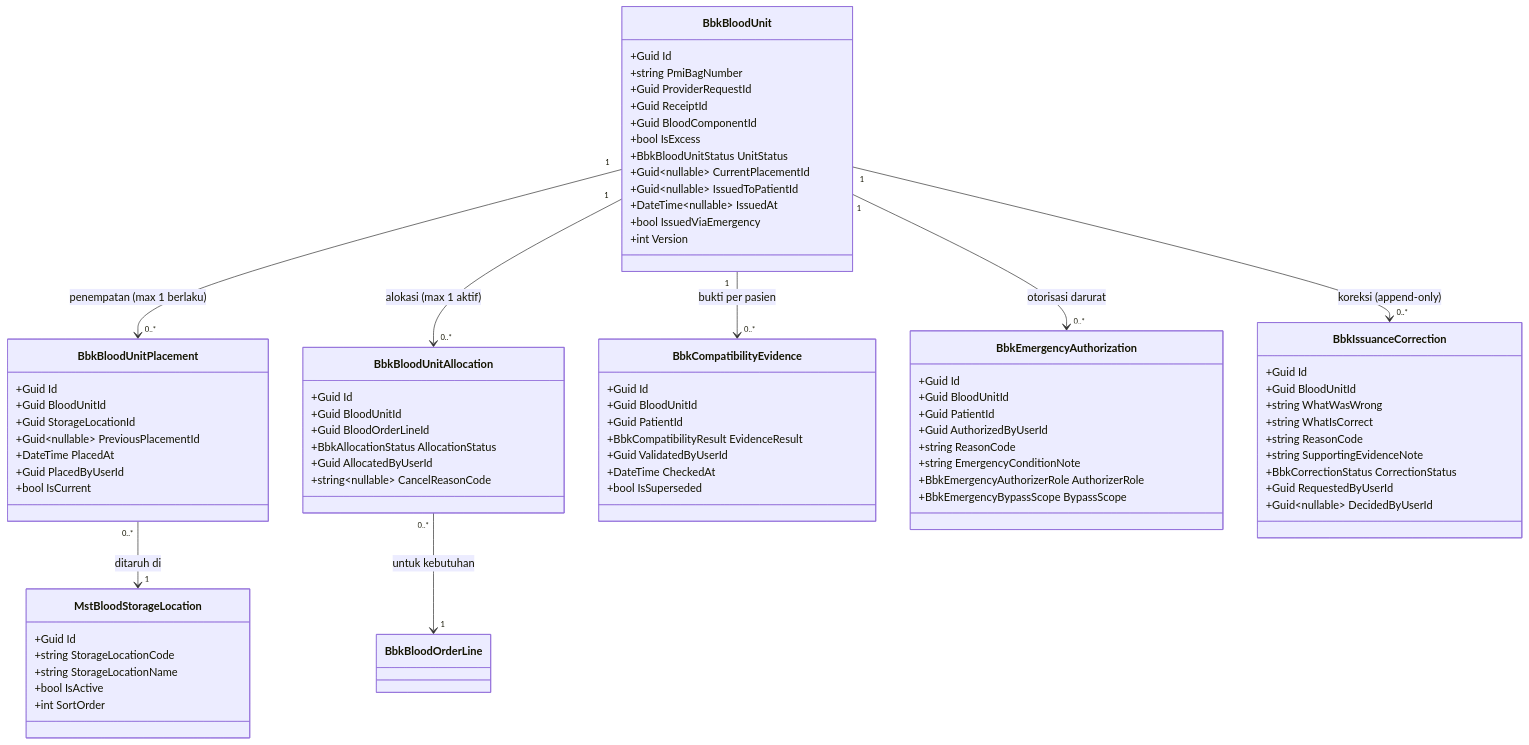
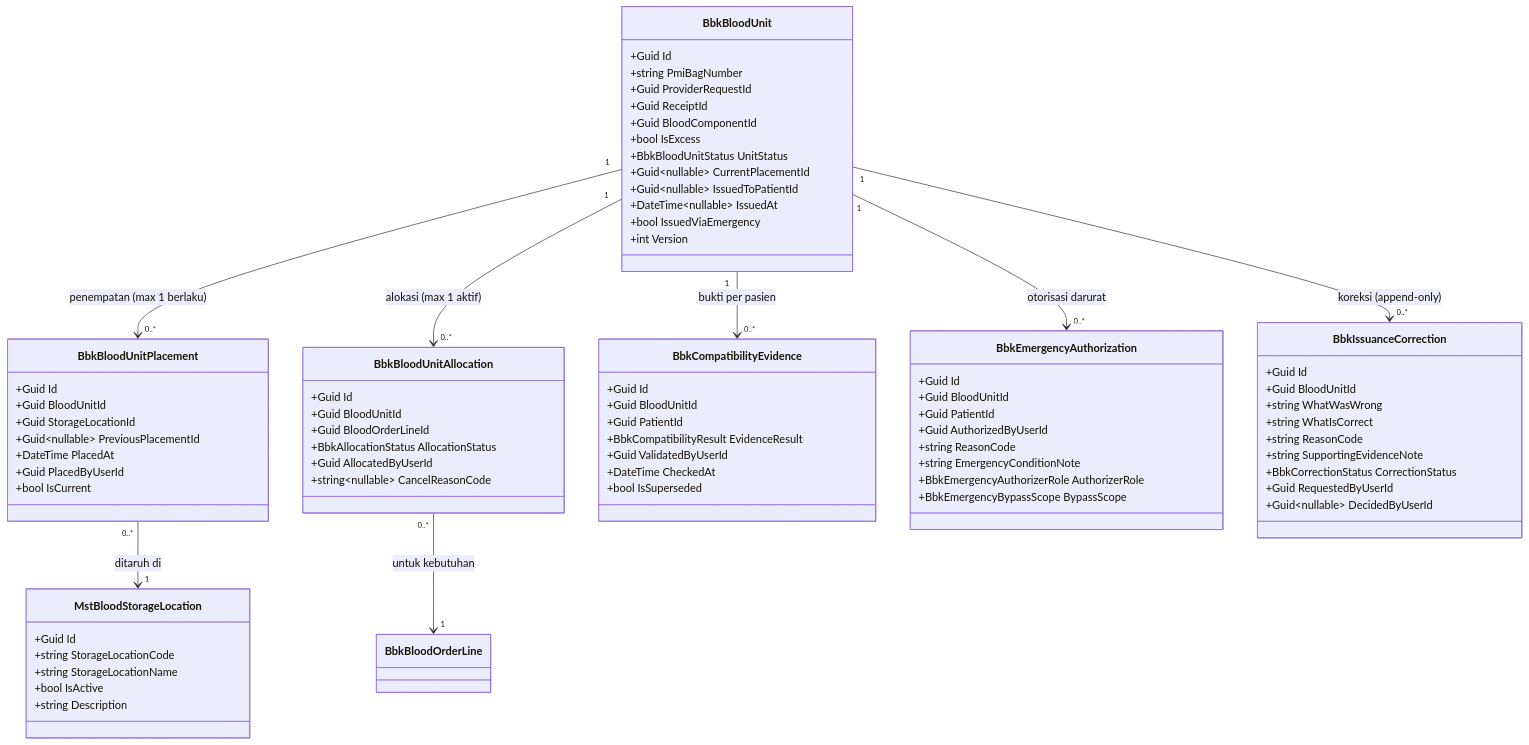
Before and after one commit to DevBenari/NewQuilvianSystemBackend: the second of 4 diagrams in docs/module-blueprints/bank-darah/02-backend-architecture.md, drawn with Mermaid. The commit also changed other lines of this file and 18 other files, not shown here.

````diff
--- a/docs/module-blueprints/bank-darah/02-backend-architecture.md
+++ b/docs/module-blueprints/bank-darah/02-backend-architecture.md
@@ -210,78 +210,78 @@
 ```mermaid
 classDiagram
     class BbkBloodUnit {
         +Guid Id
         +string PmiBagNumber
         +Guid ProviderRequestId
         +Guid ReceiptId
         +Guid BloodComponentId
         +bool IsExcess
         +BbkBloodUnitStatus UnitStatus
         +Guid~nullable~ CurrentPlacementId
         +Guid~nullable~ IssuedToPatientId
         +DateTime~nullable~ IssuedAt
         +bool IssuedViaEmergency
         +int Version
     }
     class BbkBloodUnitPlacement {
         +Guid Id
         +Guid BloodUnitId
         +Guid StorageLocationId
         +Guid~nullable~ PreviousPlacementId
         +DateTime PlacedAt
         +Guid PlacedByUserId
         +bool IsCurrent
     }
     class MstBloodStorageLocation {
         +Guid Id
         +string StorageLocationCode
         +string StorageLocationName
         +bool IsActive
-        +int SortOrder
+        +string Description
     }
     class BbkBloodUnitAllocation {
         +Guid Id
         +Guid BloodUnitId
         +Guid BloodOrderLineId
         +BbkAllocationStatus AllocationStatus
         +Guid AllocatedByUserId
         +string~nullable~ CancelReasonCode
     }
     class BbkCompatibilityEvidence {
         +Guid Id
         +Guid BloodUnitId
         +Guid PatientId
         +BbkCompatibilityResult EvidenceResult
         +Guid ValidatedByUserId
         +DateTime CheckedAt
         +bool IsSuperseded
     }
     class BbkEmergencyAuthorization {
         +Guid Id
         +Guid BloodUnitId
         +Guid PatientId
         +Guid AuthorizedByUserId
         +string ReasonCode
         +string EmergencyConditionNote
         +BbkEmergencyAuthorizerRole AuthorizerRole
         +BbkEmergencyBypassScope BypassScope
     }
     class BbkIssuanceCorrection {
         +Guid Id
         +Guid BloodUnitId
         +string WhatWasWrong
         +string WhatIsCorrect
         +string ReasonCode
         +string SupportingEvidenceNote
         +BbkCorrectionStatus CorrectionStatus
         +Guid RequestedByUserId
         +Guid~nullable~ DecidedByUserId
     }
     BbkBloodUnit "1" --> "0..*" BbkBloodUnitPlacement : penempatan (max 1 berlaku)
     BbkBloodUnitPlacement "0..*" --> "1" MstBloodStorageLocation : ditaruh di
     BbkBloodUnit "1" --> "0..*" BbkBloodUnitAllocation : alokasi (max 1 aktif)
     BbkBloodUnit "1" --> "0..*" BbkCompatibilityEvidence : bukti per pasien
     BbkBloodUnit "1" --> "0..*" BbkEmergencyAuthorization : otorisasi darurat
     BbkBloodUnit "1" --> "0..*" BbkIssuanceCorrection : koreksi (append-only)
     BbkBloodUnitAllocation "0..*" --> "1" BbkBloodOrderLine : untuk kebutuhan
 ```
````
